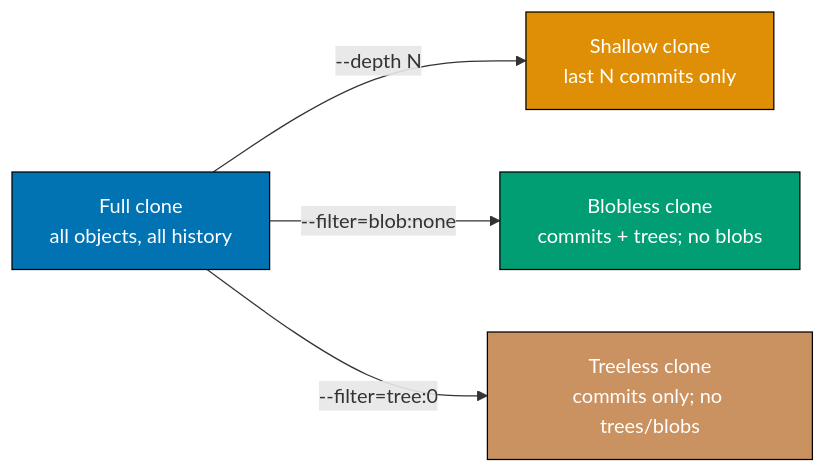
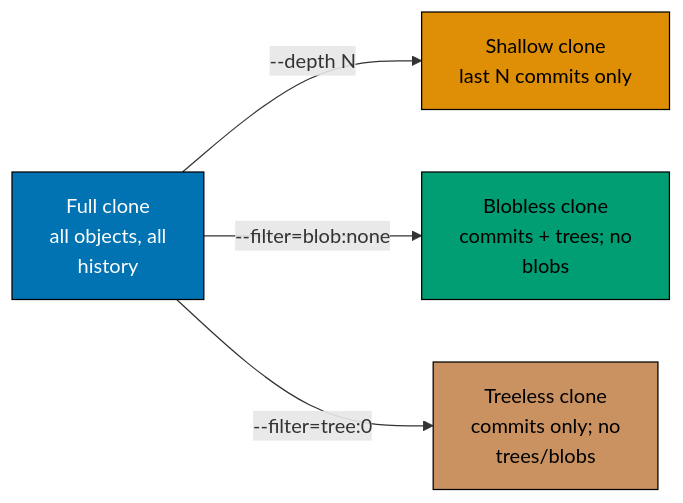
One commit to wahidyankf/ose-public changed diagram 11 of 14 in apps/ayokoding-www/content/en/learn/legacy/software-engineering/automation-tools/git/by-example/advanced.md. Above: the diagram before and after it, drawn with Mermaid. The commit also changed other lines of this file and 131 other files, not shown here.

First line of the commit message:
fix(mermaid): bring the legacy data, infrastructure, and testing diagrams onto the accessible palette

````diff
--- a/apps/ayokoding-www/content/en/learn/legacy/software-engineering/automation-tools/git/by-example/advanced.md
+++ b/apps/ayokoding-www/content/en/learn/legacy/software-engineering/automation-tools/git/by-example/advanced.md
@@ -1187,17 +1241,24 @@
 ```mermaid
 %% Color Palette: Blue #0173B2, Orange #DE8F05, Teal #029E73, Purple #CC78BC, Brown #CA9161
 graph LR
-    FULL["Full clone<br/>all objects, all history"]
+    accTitle: Example 77: Shallow Clone and Partial Clone — Fast CI Checkouts
+    accDescr: Graph with 4 nodes and 3 connections. Nodes: Full clone all objects, all history, Shallow clone last N commits only, Blobless clone commits + trees no blobs, Treeless clone commits only no trees/blobs. Connections: Full clone all objects, all history to Shallow clone last N commits only (--depth N), Full clone all objects, all history to Blobless clone commits + trees no blobs (--filter=blob:none), Full clone all objects, all history to Treeless clone commits only no trees/blobs (--filter=tree:0).
+    FULL["Full clone<br/>all objects, all<br/>history"]
     SHALLOW["Shallow clone<br/>last N commits only"]
-    BLOBLESS["Blobless clone<br/>commits + trees; no blobs"]
-    TREELESS["Treeless clone<br/>commits only; no trees/blobs"]
+    BLOBLESS["Blobless clone<br/>commits + trees; no<br/>blobs"]
+    TREELESS["Treeless clone<br/>commits only; no<br/>trees/blobs"]
 
     FULL -->|--depth N| SHALLOW
     FULL -->|--filter=blob:none| BLOBLESS
     FULL -->|--filter=tree:0| TREELESS
 
-    style FULL fill:#0173B2,stroke:#000,color:#fff
-    style SHALLOW fill:#DE8F05,stroke:#000,color:#fff
-    style BLOBLESS fill:#029E73,stroke:#000,color:#fff
-    style TREELESS fill:#CA9161,stroke:#000,color:#fff
+    classDef pal-0173B2 fill:#0173B2,stroke:#000000,color:#FFFFFF
+    class FULL pal-0173B2
+    classDef pal-DE8F05 fill:#DE8F05,stroke:#000000,color:#000000
+    class SHALLOW pal-DE8F05
+    classDef pal-029E73 fill:#029E73,stroke:#000000,color:#000000
+    class BLOBLESS pal-029E73
+    classDef pal-CA9161 fill:#CA9161,stroke:#000000,color:#000000
+    class TREELESS pal-CA9161
+    classDef default fill:#FFFFFF,stroke:#000000,color:#000000
 ```
````
